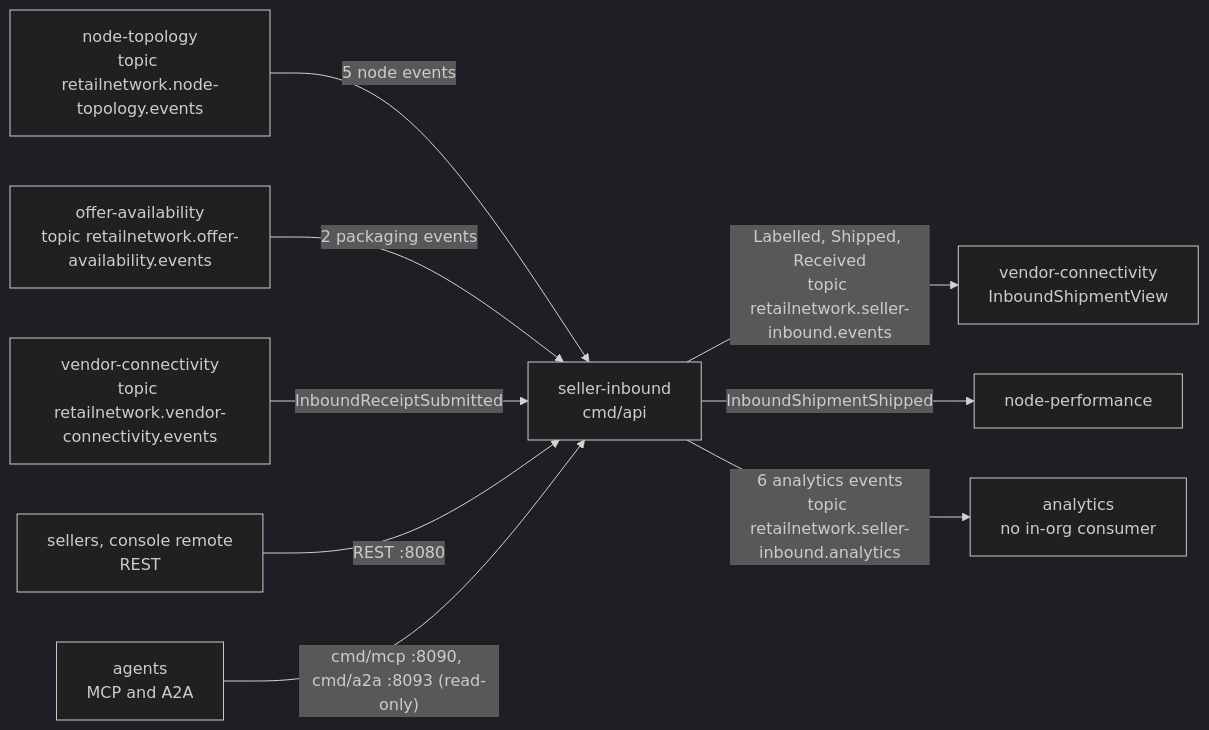
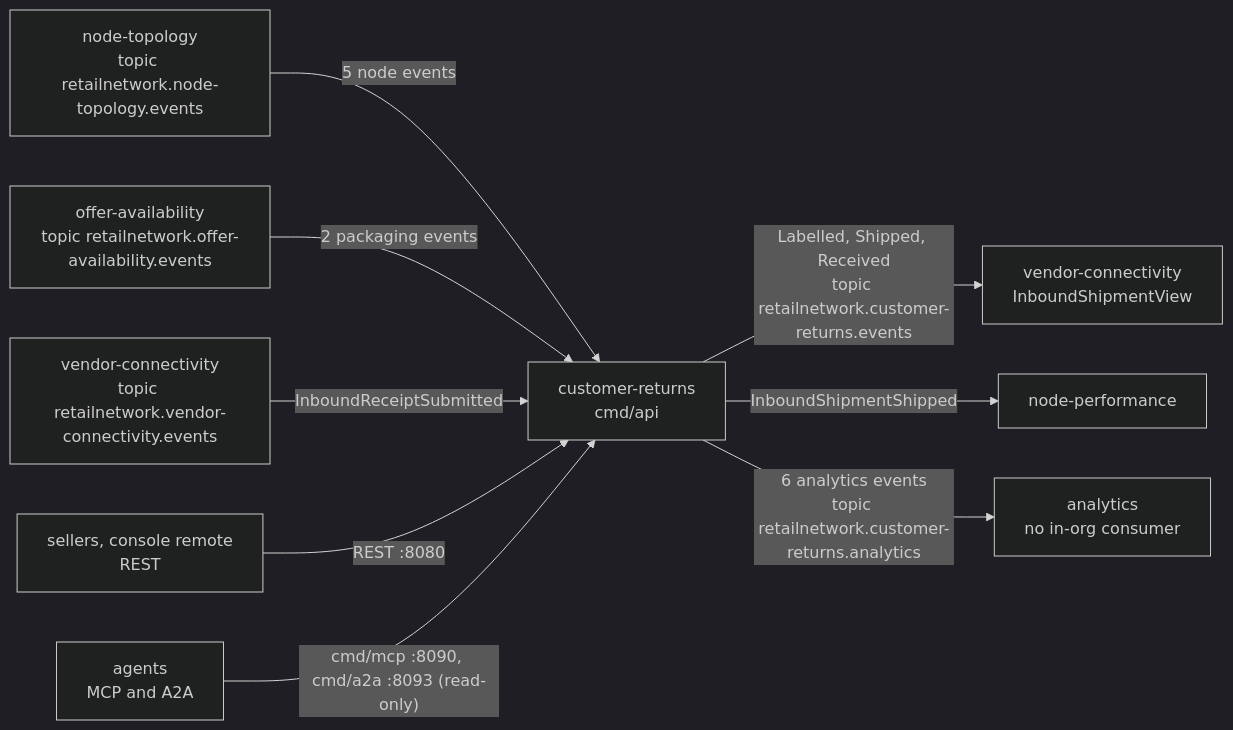
The diagram in docs/docs/ecosystem/integration.md (IQVO/customer-returns), drawn with Mermaid (dark theme) before and after one commit. The commit also changed other lines of this file and 138 other files, not shown here.

Commit message:
docs: the CloudEvents type catalogue lines, the CR docs site identity, chart sweep to the four consumer groups

````diff
--- a/docs/docs/ecosystem/integration.md
+++ b/docs/docs/ecosystem/integration.md
@@ -21,20 +21,20 @@
 ```mermaid
 flowchart LR
     NT["node-topology<br/>topic retailnetwork.node-topology.events"]
     OA["offer-availability<br/>topic retailnetwork.offer-availability.events"]
     VC["vendor-connectivity<br/>topic retailnetwork.vendor-connectivity.events"]
-    SI["seller-inbound<br/>cmd/api"]
+    SI["customer-returns<br/>cmd/api"]
     NP["node-performance"]
     VC2["vendor-connectivity<br/>InboundShipmentView"]
     AN["analytics<br/>no in-org consumer"]
     SEL["sellers, console remote<br/>REST"]
     AG["agents<br/>MCP and A2A"]
     NT -->|"5 node events"| SI
     OA -->|"2 packaging events"| SI
     VC -->|"InboundReceiptSubmitted"| SI
-    SI -->|"Labelled, Shipped, Received<br/>topic retailnetwork.seller-inbound.events"| VC2
+    SI -->|"Labelled, Shipped, Received<br/>topic retailnetwork.customer-returns.events"| VC2
     SI -->|"InboundShipmentShipped"| NP
-    SI -->|"6 analytics events<br/>topic retailnetwork.seller-inbound.analytics"| AN
+    SI -->|"6 analytics events<br/>topic retailnetwork.customer-returns.analytics"| AN
     SEL -->|"REST :8080"| SI
     AG -->|"cmd/mcp :8090, cmd/a2a :8093 (read-only)"| SI
 ```
````
